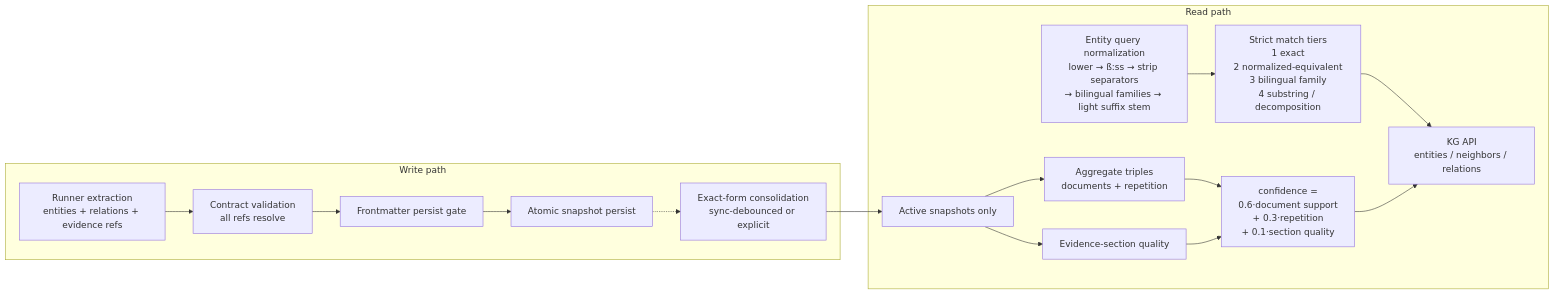
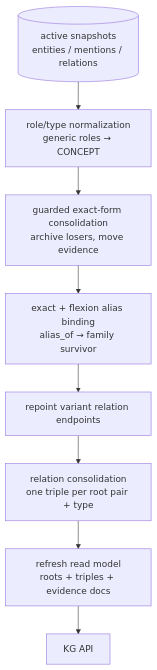
Before and after one commit to Cyb3rDudu/axiom: the third of 5 diagrams in docs/developer-guide/architecture.md, drawn with Mermaid. The commit also changed other lines of this file and 8 other files, not shown here.

Commit message:
docs(kg): refresh architecture state

````diff
--- a/docs/developer-guide/architecture.md
+++ b/docs/developer-guide/architecture.md
@@ -160,28 +166,13 @@
 ```mermaid
-flowchart LR
-    subgraph WRITE[Write path]
-        EX["Runner extraction<br/>entities + relations + evidence refs"]
-        VG["Contract validation<br/>all refs resolve"]
-        FG["Frontmatter persist gate"]
-        SNAP["Atomic snapshot persist"]
-        CON["Exact-form consolidation<br/>sync-debounced or explicit"]
-        EX --> VG --> FG --> SNAP
-        SNAP -.-> CON
-    end
+flowchart TD
+    RAW[("active snapshots<br/>entities / mentions / relations")]
+    TYPE["role/type normalization<br/>generic roles → CONCEPT"]
+    MERGE["guarded exact-form consolidation<br/>archive losers, move evidence"]
+    ALIAS["exact + flexion alias binding<br/>alias_of → family survivor"]
+    REPOINT["repoint variant relation endpoints"]
+    REL["relation consolidation<br/>one triple per root pair + type"]
+    RM["refresh read model<br/>roots + triples + evidence docs"]
+    API["KG API"]
 
-    subgraph READ[Read path]
-        ACTIVE["Active snapshots only"]
-        AGG["Aggregate triples<br/>documents + repetition"]
-        SEC["Evidence-section quality"]
-        CONF["confidence =<br/>0.6·document support<br/>+ 0.3·repetition<br/>+ 0.1·section quality"]
-        NORM["Entity query normalization<br/>lower → ß:ss → strip separators<br/>→ bilingual families → light suffix stem"]
-        TIERS["Strict match tiers<br/>1 exact<br/>2 normalized-equivalent<br/>3 bilingual family<br/>4 substring / decomposition"]
-        API["KG API<br/>entities / neighbors / relations"]
-        ACTIVE --> AGG --> CONF
-        ACTIVE --> SEC --> CONF
-        NORM --> TIERS --> API
-        CONF --> API
-    end
-
-    CON --> ACTIVE
+    RAW --> TYPE --> MERGE --> ALIAS --> REPOINT --> REL --> RM --> API
 ```
````
